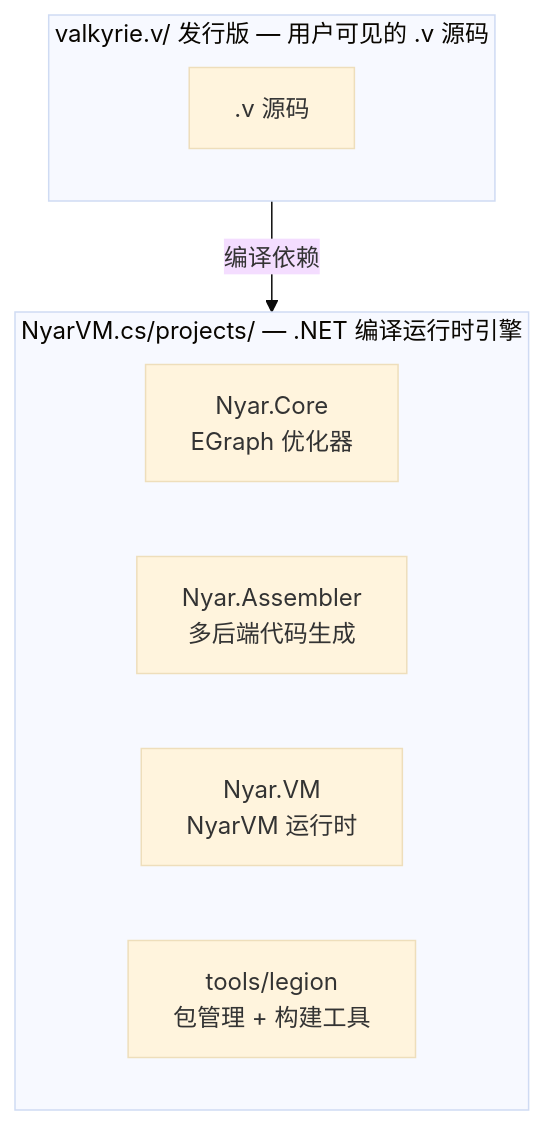
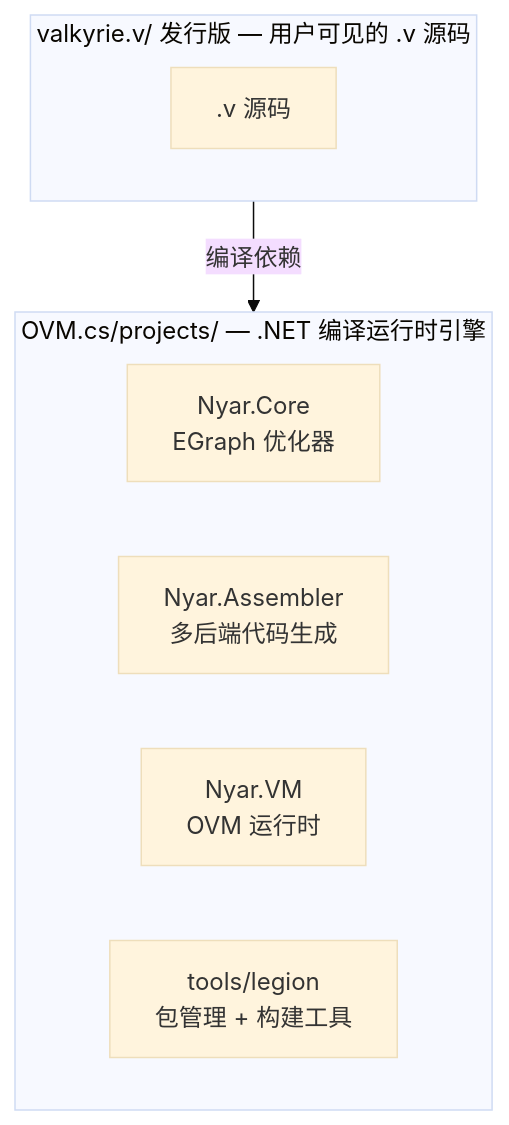
The fourth of 4 diagrams in readme.md (valkyrie-language/valkyrie.v), drawn with Mermaid (base theme) before and after one commit. The commit also changed other lines of this file and 79 other files, not shown here.

First line of the commit message:
🔥 Rename `std.adaptor.nyar` to `std.adaptor.ovm` and align target aliases

````diff
--- a/readme.md
+++ b/readme.md
@@ -368,13 +368,13 @@
 ```mermaid
 flowchart TD
     subgraph Distro["valkyrie.v/ 发行版 — 用户可见的 .v 源码"]
         VV[".v 源码"]
     end
-    subgraph Engine["NyarVM.cs/projects/ — .NET 编译运行时引擎"]
+    subgraph Engine["OVM.cs/projects/ — .NET 编译运行时引擎"]
         NC["Nyar.Core<br/>EGraph 优化器"]
         NA["Nyar.Assembler<br/>多后端代码生成"]
-        NV["Nyar.VM<br/>NyarVM 运行时"]
+        NV["Nyar.VM<br/>OVM 运行时"]
         TL["tools/legion<br/>包管理 + 构建工具"]
     end
     Distro -- " 编译依赖 " --> Engine
 ```
````
